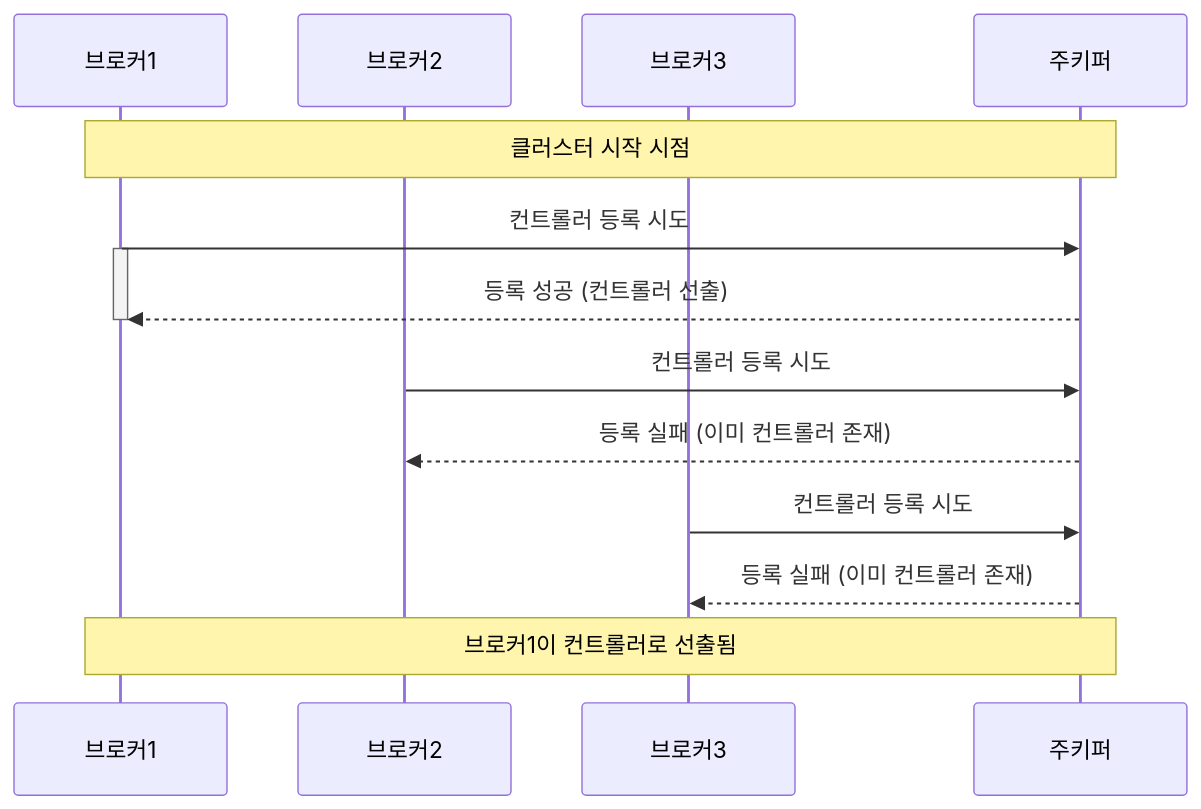
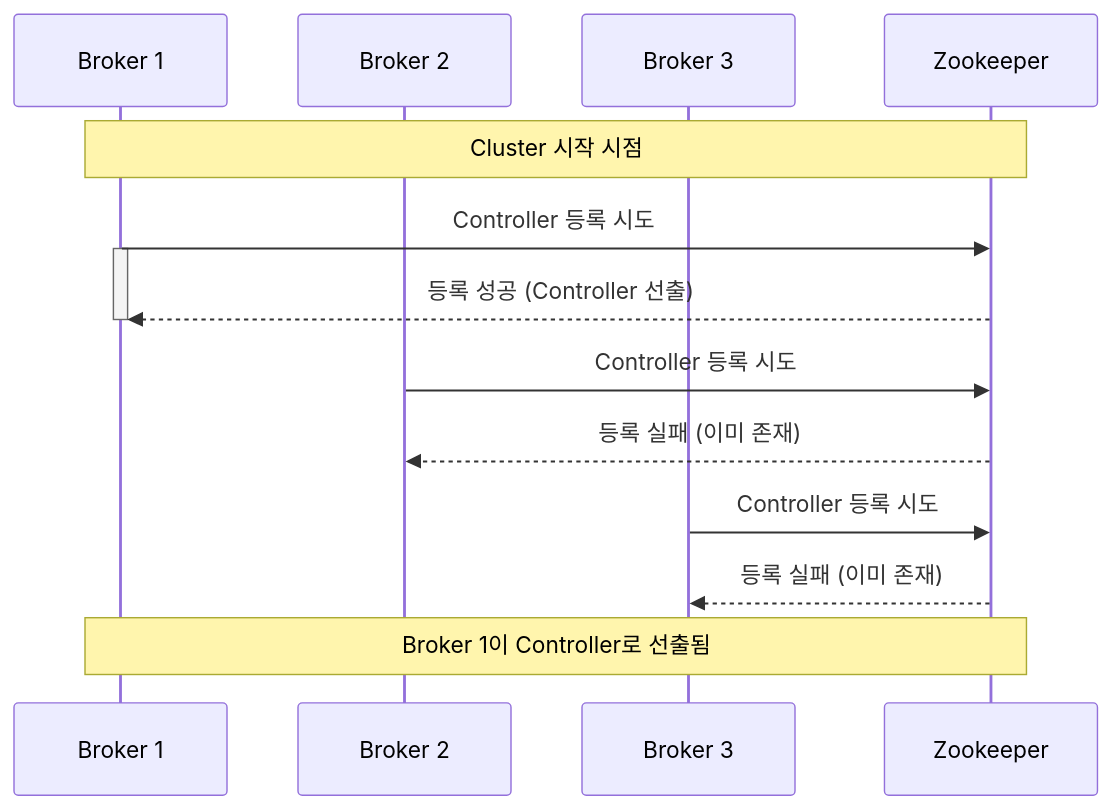
Before and after one commit to choesimin/choesimin.github.io: the second of 2 diagrams in collections/_notes/open-source/kafka/fault-tolerance.md, drawn with Mermaid. The commit also changed other lines of this file and 8 other files, not shown here.

````diff
--- a/collections/_notes/open-source/kafka/fault-tolerance.md
+++ b/collections/_notes/open-source/kafka/fault-tolerance.md
@@ -105,22 +112,22 @@
 ```mermaid
 sequenceDiagram
-    participant broker_one as 브로커1
-    participant broker_two as 브로커2
-    participant broker_three as 브로커3
-    participant zookeeper as 주키퍼
+    participant B1 as Broker 1
+    participant B2 as Broker 2
+    participant B3 as Broker 3
+    participant ZK as Zookeeper
 
-    note over broker_one,zookeeper: 클러스터 시작 시점
-    
-    broker_one->>zookeeper: 컨트롤러 등록 시도
-    activate broker_one
-    zookeeper-->>broker_one: 등록 성공 (컨트롤러 선출)
-    deactivate broker_one
-    
-    broker_two->>zookeeper: 컨트롤러 등록 시도
-    zookeeper-->>broker_two: 등록 실패 (이미 컨트롤러 존재)
-    
-    broker_three->>zookeeper: 컨트롤러 등록 시도
-    zookeeper-->>broker_three: 등록 실패 (이미 컨트롤러 존재)
-    
-    note over broker_one,zookeeper: 브로커1이 컨트롤러로 선출됨
+    note over B1,ZK: Cluster 시작 시점
+
+    B1->>ZK: Controller 등록 시도
+    activate B1
+    ZK-->>B1: 등록 성공 (Controller 선출)
+    deactivate B1
+
+    B2->>ZK: Controller 등록 시도
+    ZK-->>B2: 등록 실패 (이미 존재)
+
+    B3->>ZK: Controller 등록 시도
+    ZK-->>B3: 등록 실패 (이미 존재)
+
+    note over B1,ZK: Broker 1이 Controller로 선출됨
 ```
````
